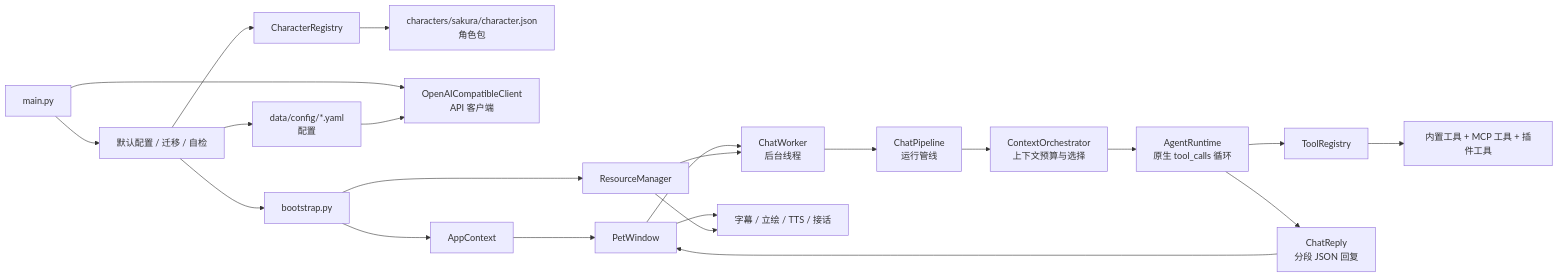
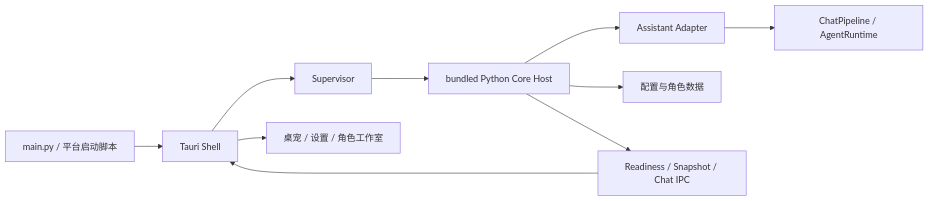
Before and after one commit to Rvosy/Sakura: the diagram in docs/devdocs/TECHNICAL_README.md, drawn with Mermaid. The commit also changed other lines of this file and 68 other files, not shown here.

````diff
--- a/docs/devdocs/TECHNICAL_README.md
+++ b/docs/devdocs/TECHNICAL_README.md
@@ -33,24 +39,12 @@
 ```mermaid
 flowchart LR
-    A["main.py"] --> X["默认配置 / 迁移 / 自检"]
-    X --> B["data/config/*.yaml<br/>配置"]
-    X --> C["CharacterRegistry"]
-    C --> D["characters/sakura/character.json<br/>角色包"]
-    A --> E["OpenAICompatibleClient<br/>API 客户端"]
-    B --> E
-    X --> J["bootstrap.py"]
-    J --> K["AppContext"]
-    J --> R["ResourceManager"]
-    K --> L["PetWindow"]
-    L --> M["ChatWorker<br/>后台线程"]
-    M --> N["ChatPipeline<br/>运行管线"]
-    N --> O["ContextOrchestrator<br/>上下文预算与选择"]
-    O --> S["AgentRuntime<br/>原生 tool_calls 循环"]
-    S --> T["ToolRegistry"]
-    T --> U["内置工具 + MCP 工具 + 插件工具"]
-    S --> V["ChatReply<br/>分段 JSON 回复"]
-    V --> L
-    L --> W["字幕 / 立绘 / TTS / 接话"]
-    R --> M
-    R --> W
+    A["main.py / 平台启动脚本"] --> B["Tauri Shell"]
+    B --> C["Supervisor"]
+    C --> D["bundled Python Core Host"]
+    D --> E["Assistant Adapter"]
+    E --> F["ChatPipeline / AgentRuntime"]
+    D --> G["配置与角色数据"]
+    D --> H["Readiness / Snapshot / Chat IPC"]
+    H --> B
+    B --> I["桌宠 / 设置 / 角色工作室"]
 ```
````
